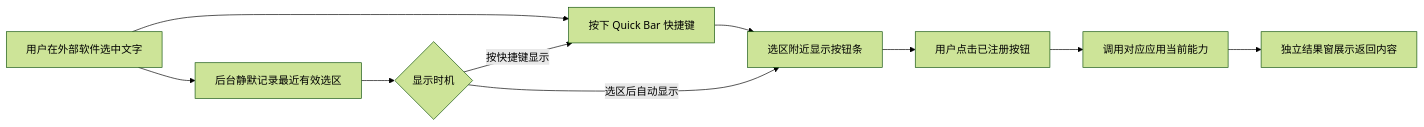
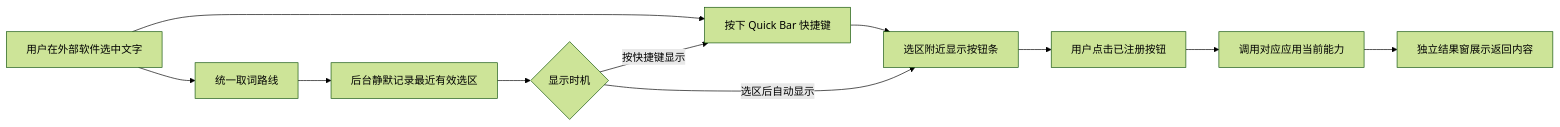
Before and after one commit to noelle-silva/fast-window: the first of 2 diagrams in apps/quick-bar/README.md, drawn with Mermaid (forest theme). The commit also changed other lines of this file and 9 other files, not shown here.

````diff
--- a/apps/quick-bar/README.md
+++ b/apps/quick-bar/README.md
@@ -21,12 +21,13 @@
 ```mermaid
 flowchart LR
   A[用户在外部软件选中文字] --> B[按下 Quick Bar 快捷键]
-  A --> C[后台静默记录最近有效选区]
-  C --> D{显示时机}
-  D -->|按快捷键显示| B
-  D -->|选区后自动显示| E[选区附近显示按钮条]
-  B --> E
-  E --> F[用户点击已注册按钮]
-  F --> G[调用对应应用当前能力]
-  G --> H[独立结果窗展示返回内容]
+  A --> C[统一取词路线]
+  C --> D[后台静默记录最近有效选区]
+  D --> E{显示时机}
+  E -->|按快捷键显示| B
+  E -->|选区后自动显示| F[选区附近显示按钮条]
+  B --> F
+  F --> G[用户点击已注册按钮]
+  G --> H[调用对应应用当前能力]
+  H --> I[独立结果窗展示返回内容]
 ```
````
